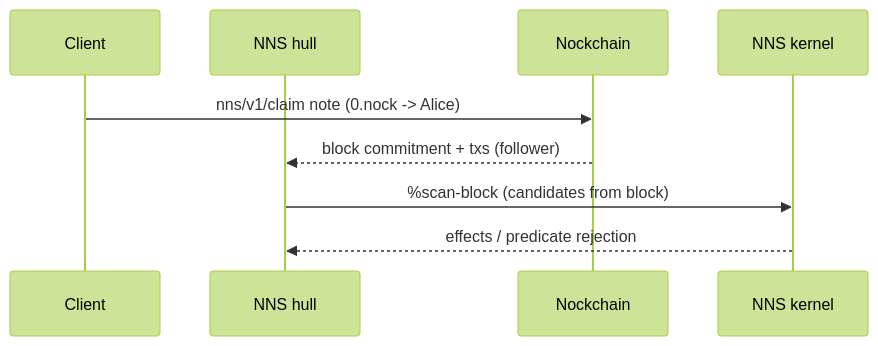
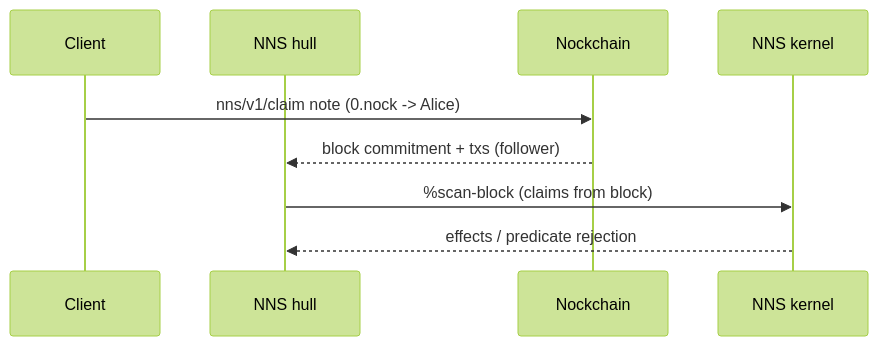
One commit to nocktoshi/nns changed the second of 3 diagrams in docs/ARCHITECTURE.md. Above: the diagram before and after it, drawn with Mermaid (forest theme). The commit also changed other lines of this file and 13 other files, not shown here.

````diff
--- a/docs/ARCHITECTURE.md
+++ b/docs/ARCHITECTURE.md
@@ -183,11 +183,11 @@
 ```mermaid
 sequenceDiagram
     participant Client
     participant Hull as NNS hull
     participant Chain as Nockchain
     participant Kernel as NNS kernel
     Client->>Chain: nns/v1/claim note (0.nock -> Alice)
     Chain-->>Hull: block commitment + txs (follower)
-    Hull->>Kernel: %scan-block (candidates from block)
+    Hull->>Kernel: %scan-block (claims from block)
     Kernel-->>Hull: effects / predicate rejection
 ```
````
